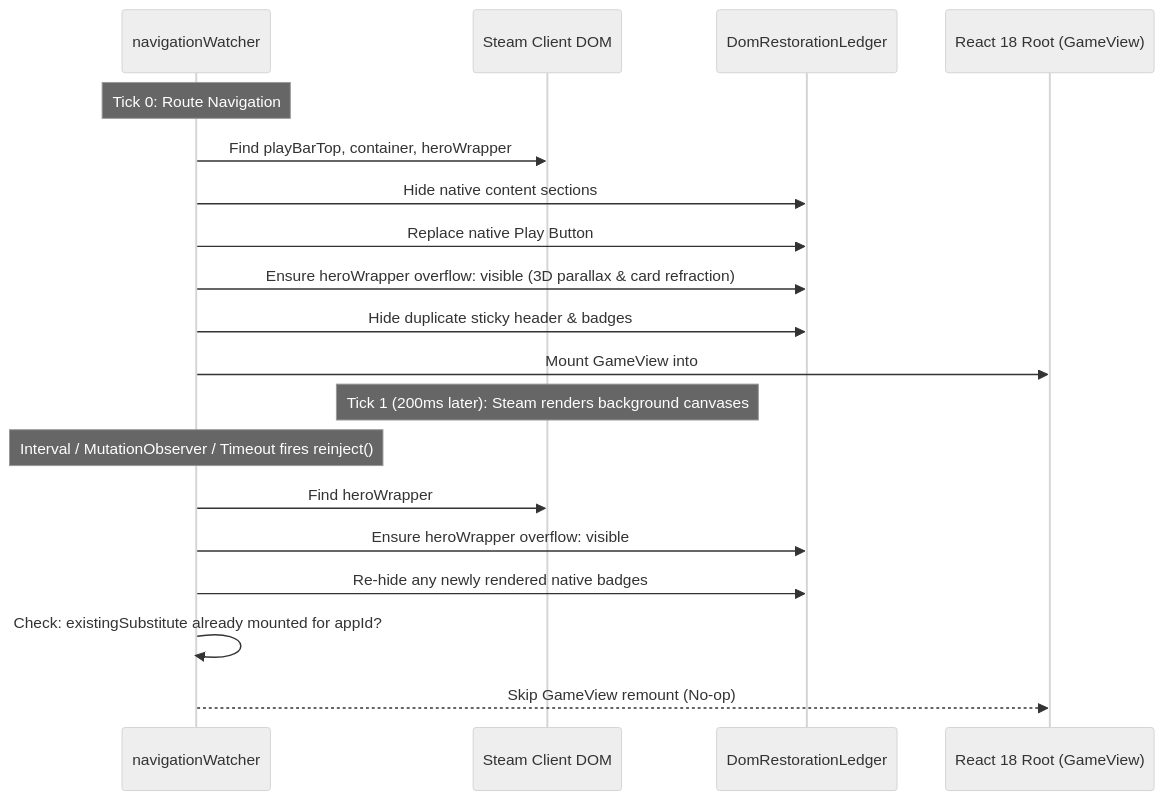
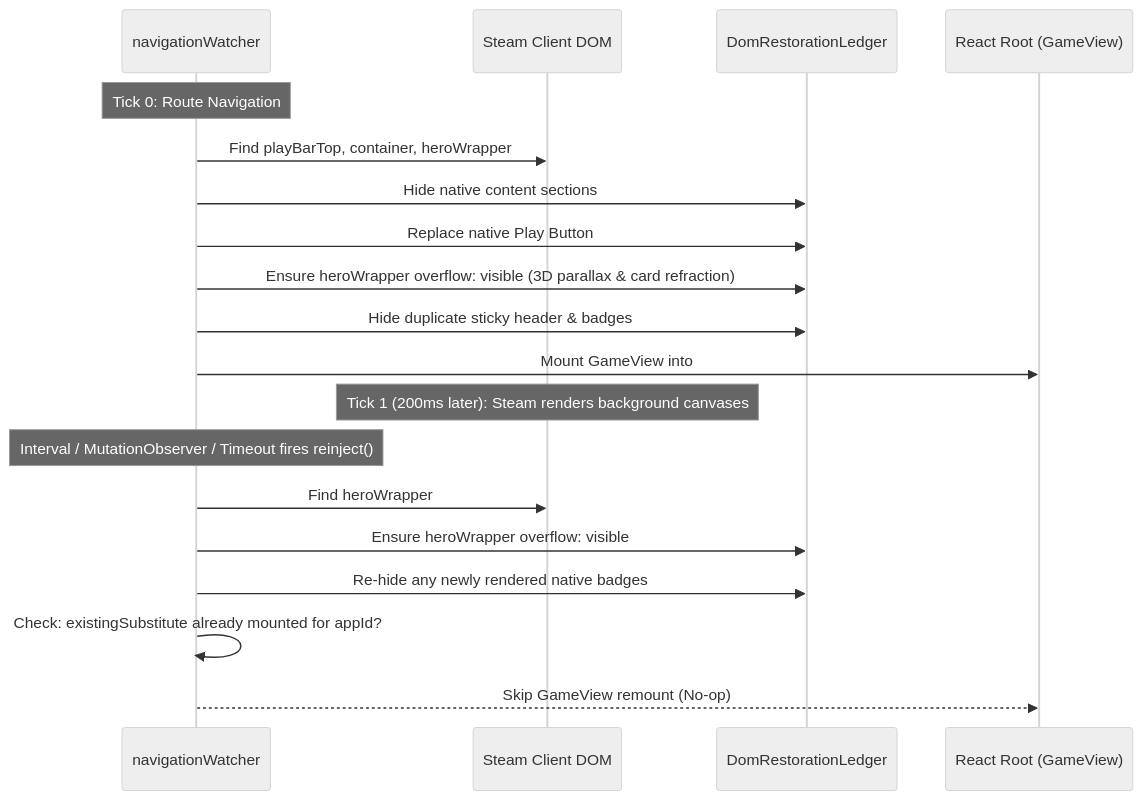
Before and after one commit to cupajoe24/romm-tender: the second of 2 diagrams in docs/architecture/desktop-dom-architecture.md, drawn with Mermaid (neutral theme). The commit also changed other lines of this file and 5 other files, not shown here.

````diff
--- a/docs/architecture/desktop-dom-architecture.md
+++ b/docs/architecture/desktop-dom-architecture.md
@@ -190,23 +192,23 @@
 ```mermaid
 sequenceDiagram
     participant Watcher as navigationWatcher
     participant SteamDOM as Steam Client DOM
     participant Ledger as DomRestorationLedger
-    participant ReactRoot as React 18 Root (GameView)
+    participant ReactRoot as React Root (GameView)
 
     Note over Watcher: Tick 0: Route Navigation
     Watcher->>SteamDOM: Find playBarTop, container, heroWrapper
     Watcher->>Ledger: Hide native content sections
     Watcher->>Ledger: Replace native Play Button
     Watcher->>Ledger: Ensure heroWrapper overflow: visible (3D parallax & card refraction)
     Watcher->>Ledger: Hide duplicate sticky header & badges
     Watcher->>ReactRoot: Mount GameView into #tender-desktop-substitute
 
     Note over SteamDOM: Tick 1 (200ms later): Steam renders background canvases
     Note over Watcher: Interval / MutationObserver / Timeout fires reinject()
     Watcher->>SteamDOM: Find heroWrapper
     Watcher->>Ledger: Ensure heroWrapper overflow: visible
     Watcher->>Ledger: Re-hide any newly rendered native badges
     Watcher->>Watcher: Check: existingSubstitute already mounted for appId?
     Watcher-->>ReactRoot: Skip GameView remount (No-op)
 ```
````
